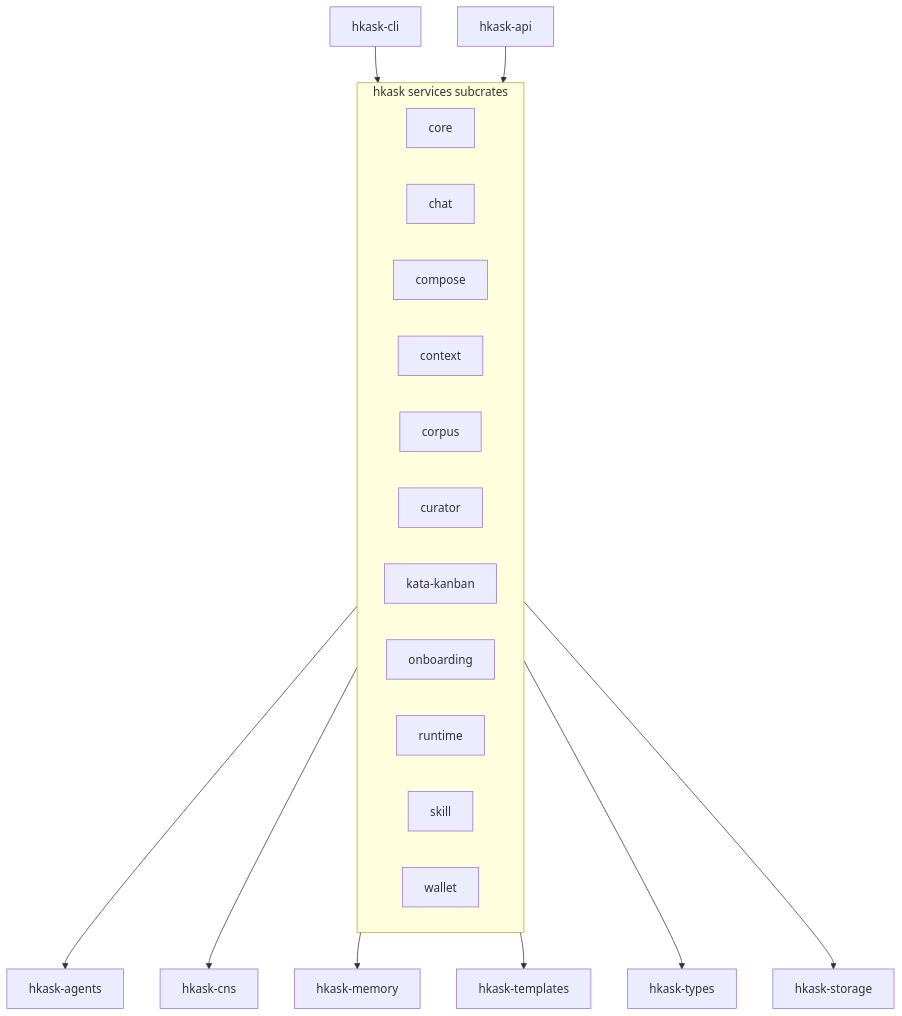
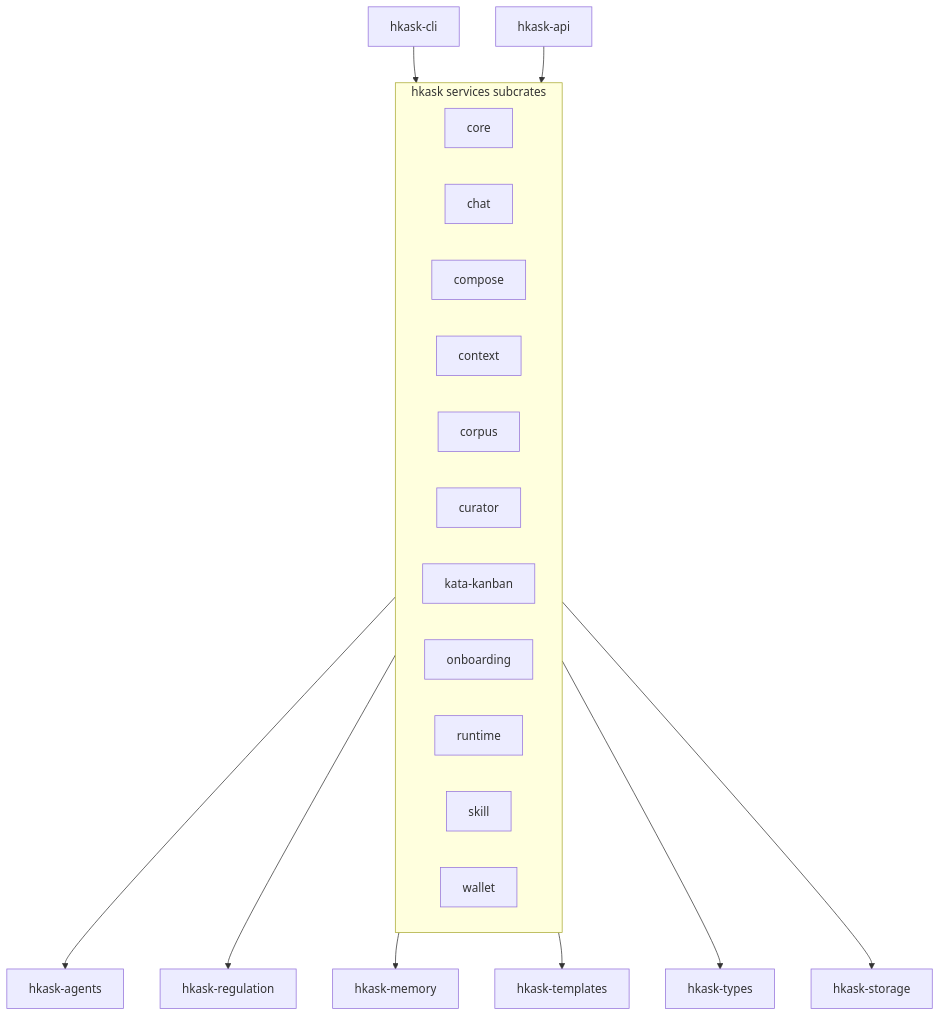
Before and after one commit to mdz-axo/hKask: the diagram in docs/architecture/core/MDS.md, drawn with Mermaid. The commit also changed other lines of this file and 68 other files, not shown here.

First line of the commit message:
Rename CNS to Regulation across docs

````diff
--- a/docs/architecture/core/MDS.md
+++ b/docs/architecture/core/MDS.md
@@ -603,26 +603,26 @@
 ```mermaid
 graph TD
     CLI["hkask-cli"]
     API["hkask-api"]
     subgraph SERVICES["hkask services subcrates"]
         CORE[core]
         CHAT[chat]
         COMPOSE[compose]
         CONTEXT[context]
         CORPUS[corpus]
         CURATOR[curator]
         KATA[kata-kanban]
         ONBOARD[onboarding]
         RUNTIME[runtime]
         SKILL[skill]
         WALLET[wallet]
     end
     CLI --> SERVICES
     API --> SERVICES
     SERVICES --> AGENTS[hkask-agents]
-    SERVICES --> CNS[hkask-cns]
+    SERVICES --> Regulation[hkask-regulation]
     SERVICES --> MEM[hkask-memory]
     SERVICES --> TEMPLATES[hkask-templates]
     SERVICES --> TYPES[hkask-types]
     SERVICES --> STORAGE[hkask-storage]
 ```
````
